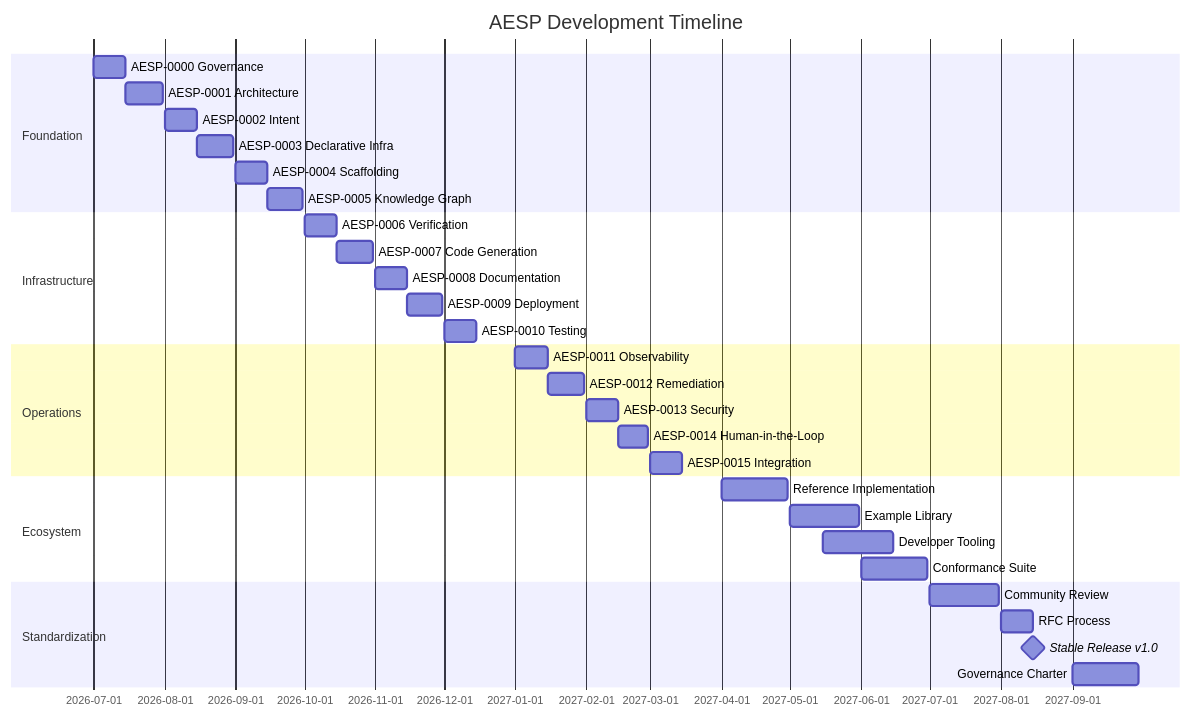
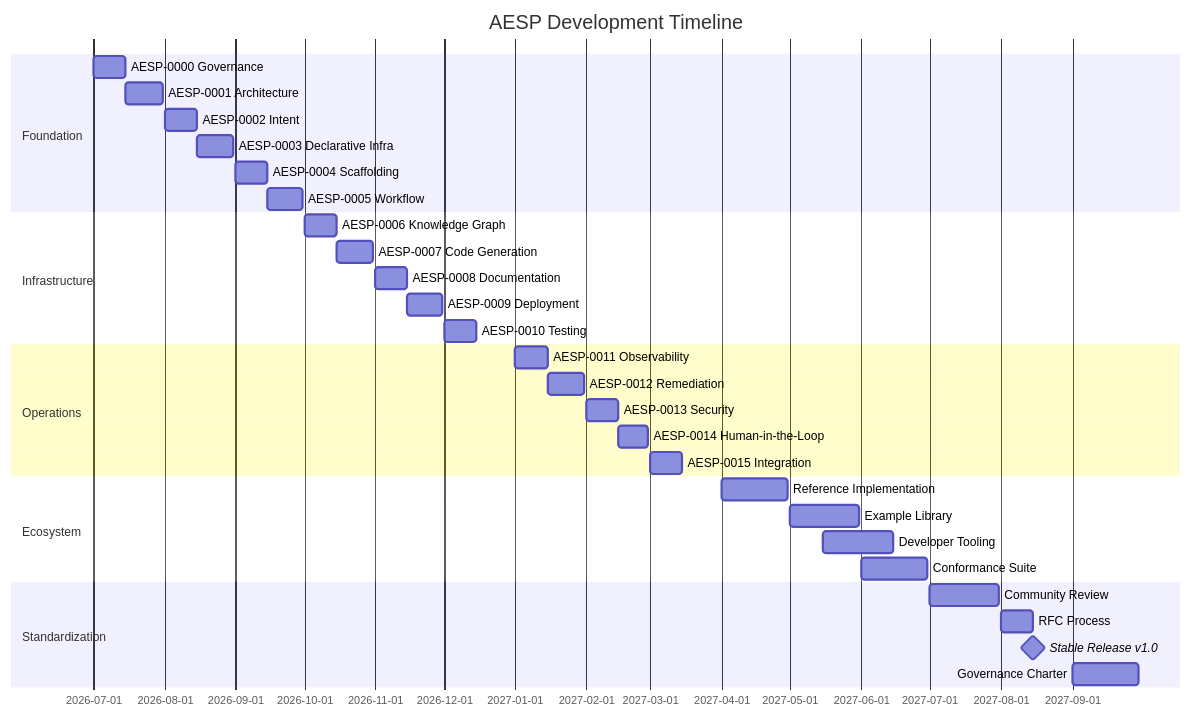
Before and after one commit to kishoreHQ/AESP: the diagram in ROADMAP.md, drawn with Mermaid. The commit also changed other lines of this file and 8 other files, not shown here.

Commit message:
docs(aesp-0006): add knowledge graph specification

````diff
--- a/ROADMAP.md
+++ b/ROADMAP.md
@@ -145,34 +145,34 @@
 ```mermaid
 gantt
     title AESP Development Timeline
     dateFormat  YYYY-MM-DD
     section Foundation
     AESP-0000 Governance           :a0000, 2026-07-01, 2026-07-15
     AESP-0001 Architecture         :a0001, 2026-07-15, 2026-07-31
     AESP-0002 Intent               :a0002, 2026-08-01, 2026-08-15
     AESP-0003 Declarative Infra    :a0003, 2026-08-15, 2026-08-31
     AESP-0004 Scaffolding          :a0004, 2026-09-01, 2026-09-15
-    AESP-0005 Knowledge Graph      :a0005, 2026-09-15, 2026-09-30
+    AESP-0005 Workflow            :a0005, 2026-09-15, 2026-09-30
     section Infrastructure
-    AESP-0006 Verification         :a0006, 2026-10-01, 2026-10-15
+    AESP-0006 Knowledge Graph      :a0006, 2026-10-01, 2026-10-15
     AESP-0007 Code Generation      :a0007, 2026-10-15, 2026-10-31
     AESP-0008 Documentation        :a0008, 2026-11-01, 2026-11-15
     AESP-0009 Deployment           :a0009, 2026-11-15, 2026-11-30
     AESP-0010 Testing              :a0010, 2026-12-01, 2026-12-15
     section Operations
     AESP-0011 Observability        :a0011, 2027-01-01, 2027-01-15
     AESP-0012 Remediation          :a0012, 2027-01-15, 2027-01-31
     AESP-0013 Security             :a0013, 2027-02-01, 2027-02-15
     AESP-0014 Human-in-the-Loop    :a0014, 2027-02-15, 2027-02-28
     AESP-0015 Integration          :a0015, 2027-03-01, 2027-03-15
     section Ecosystem
     Reference Implementation       :refimpl, 2027-04-01, 2027-04-30
     Example Library                :examples, 2027-05-01, 2027-05-31
     Developer Tooling              :tooling, 2027-05-15, 2027-06-15
     Conformance Suite              :conformance, 2027-06-01, 2027-06-30
     section Standardization
     Community Review               :review, 2027-07-01, 2027-07-31
     RFC Process                    :rfc, 2027-08-01, 2027-08-15
     Stable Release v1.0            :milestone, 2027-08-15, 0d
     Governance Charter             :gov, 2027-09-01, 2027-09-30
 ```
````
